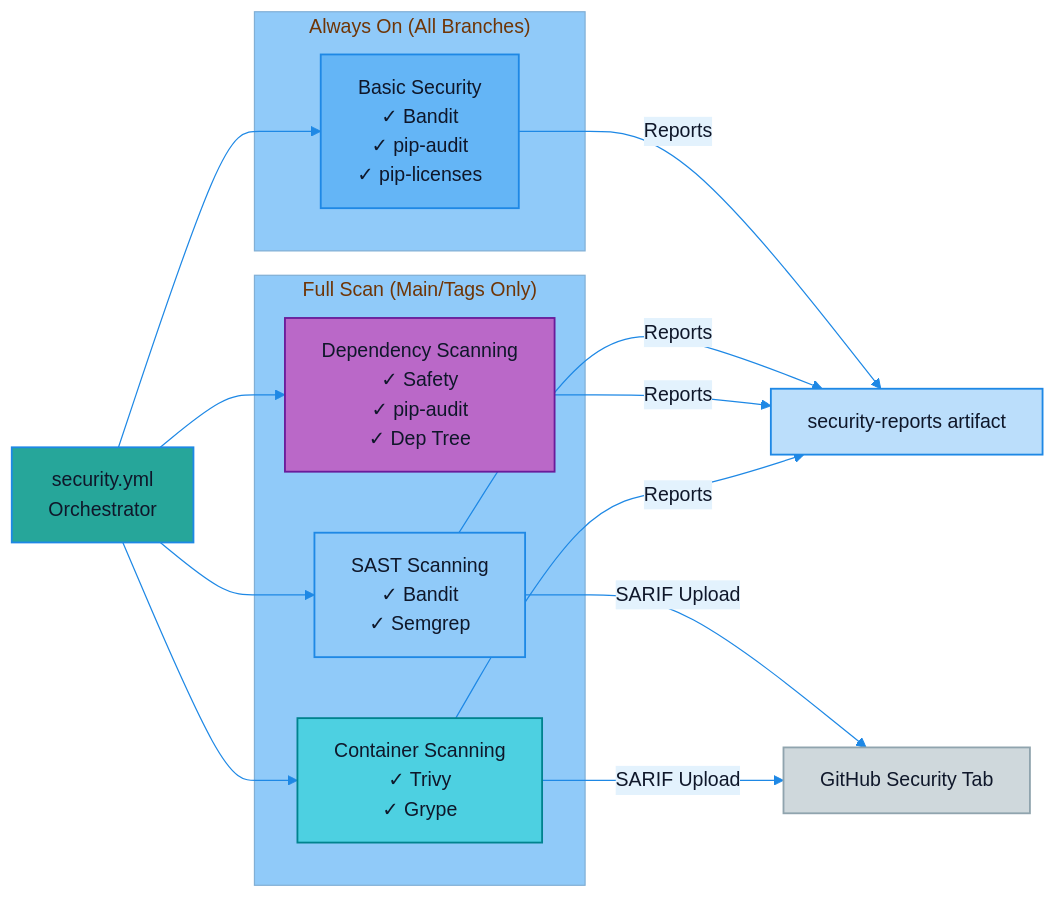
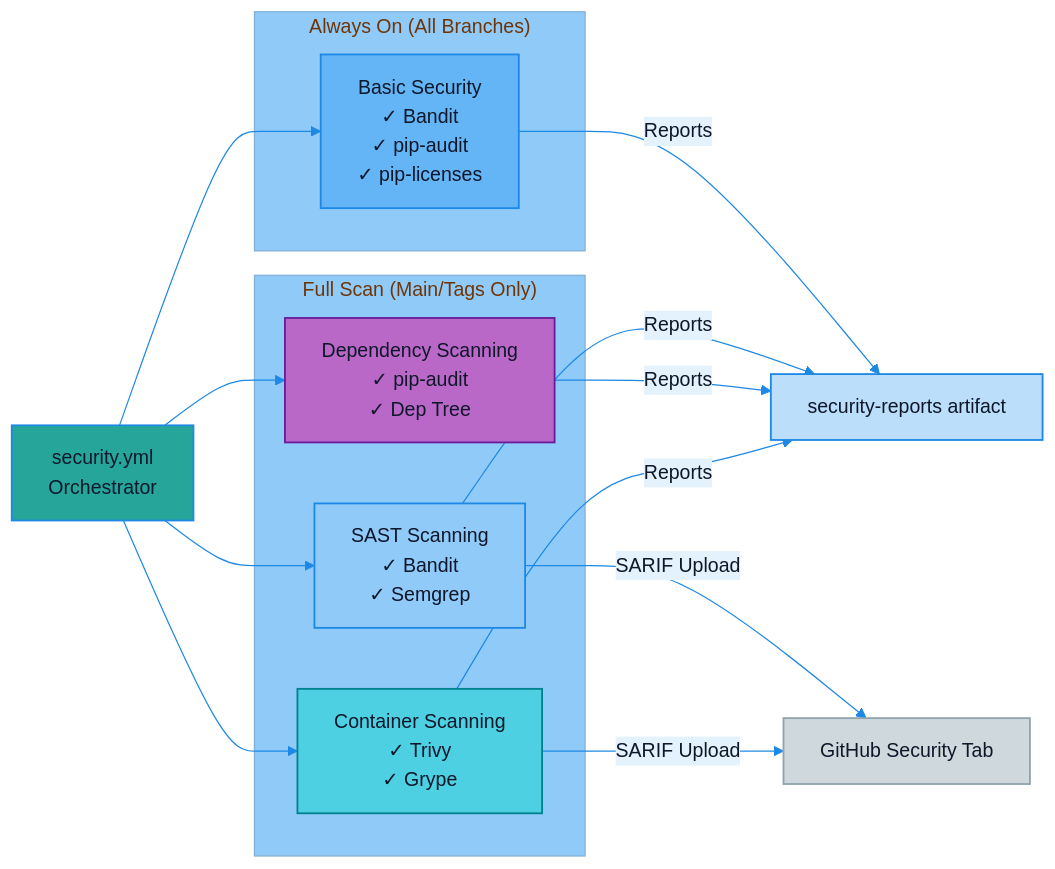
Before and after one commit to jim-wyatt/msn-weather-wrapper: the fourth of 4 diagrams in docs/WORKFLOW_DIAGRAM.md, drawn with Mermaid. The commit also changed other lines of this file and 18 other files, not shown here.

````diff
--- a/docs/WORKFLOW_DIAGRAM.md
+++ b/docs/WORKFLOW_DIAGRAM.md
@@ -199,36 +198,36 @@
 ```mermaid
 %%{init: {'theme': 'base', 'themeVariables': {'primaryColor': '#E3F2FD', 'primaryTextColor': '#0F172A', 'primaryBorderColor': '#1E88E5', 'lineColor': '#1E88E5', 'secondaryColor': '#BBDEFB', 'tertiaryColor': '#90CAF9', 'edgeLabelBackground': '#E3F2FD'}}}%%
 graph LR
     SEC["security.yml<br/>Orchestrator"]
 
     subgraph "Always On (All Branches)"
         BASIC["Basic Security<br/>✓ Bandit<br/>✓ pip-audit<br/>✓ pip-licenses"]
     end
 
     subgraph "Full Scan (Main/Tags Only)"
         SAST["SAST Scanning<br/>✓ Bandit<br/>✓ Semgrep"]
-        DEP["Dependency Scanning<br/>✓ Safety<br/>✓ pip-audit<br/>✓ Dep Tree"]
+        DEP["Dependency Scanning<br/>✓ pip-audit<br/>✓ Dep Tree"]
         CONT["Container Scanning<br/>✓ Trivy<br/>✓ Grype"]
     end
 
     SEC --> BASIC
     SEC --> SAST
     SEC --> DEP
     SEC --> CONT
 
     SAST -->|SARIF Upload| GHSEC["GitHub Security Tab"]
     CONT -->|SARIF Upload| GHSEC
     BASIC -->|Reports| REPORTS["security-reports artifact"]
     SAST -->|Reports| REPORTS
     DEP -->|Reports| REPORTS
     CONT -->|Reports| REPORTS
 
     %% Muted palette consistent with site blues
     style SEC fill:#26A69A,stroke:#1E88E5,stroke-width:1.5px,color:#0F172A
     style BASIC fill:#64B5F6,stroke:#1E88E5,stroke-width:1.5px,color:#0F172A
     style SAST fill:#90CAF9,stroke:#1E88E5,stroke-width:1.5px,color:#0F172A
     style DEP fill:#BA68C8,stroke:#6A1B9A,stroke-width:1.5px,color:#0F172A
     style CONT fill:#4DD0E1,stroke:#00838F,stroke-width:1.5px,color:#0F172A
     style GHSEC fill:#CFD8DC,stroke:#90A4AE,stroke-width:1.5px,color:#0F172A
     style REPORTS fill:#BBDEFB,stroke:#1E88E5,stroke-width:1.5px,color:#0F172A
 ```
````
